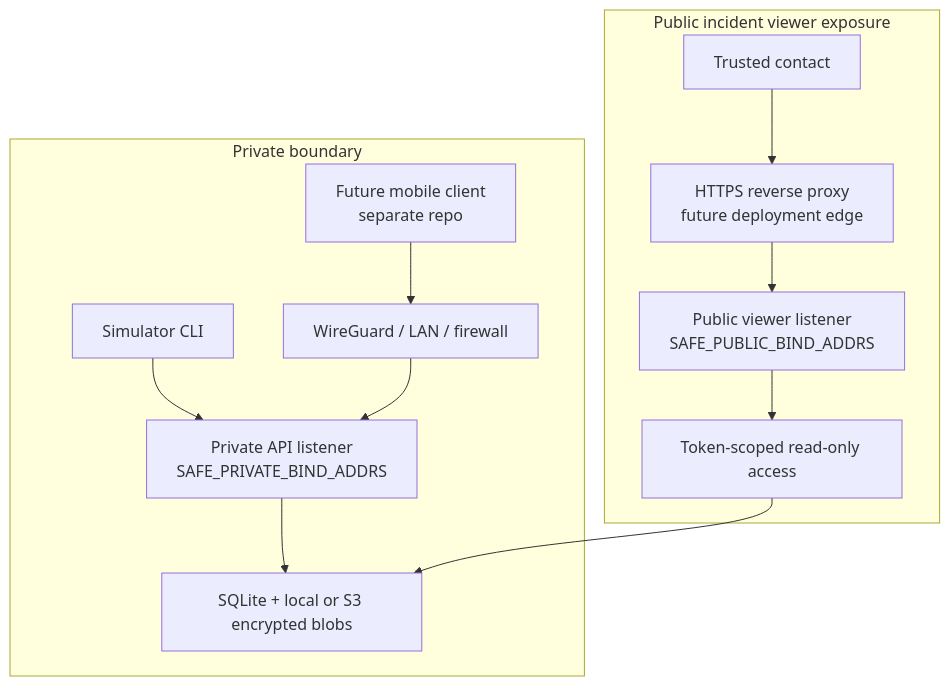
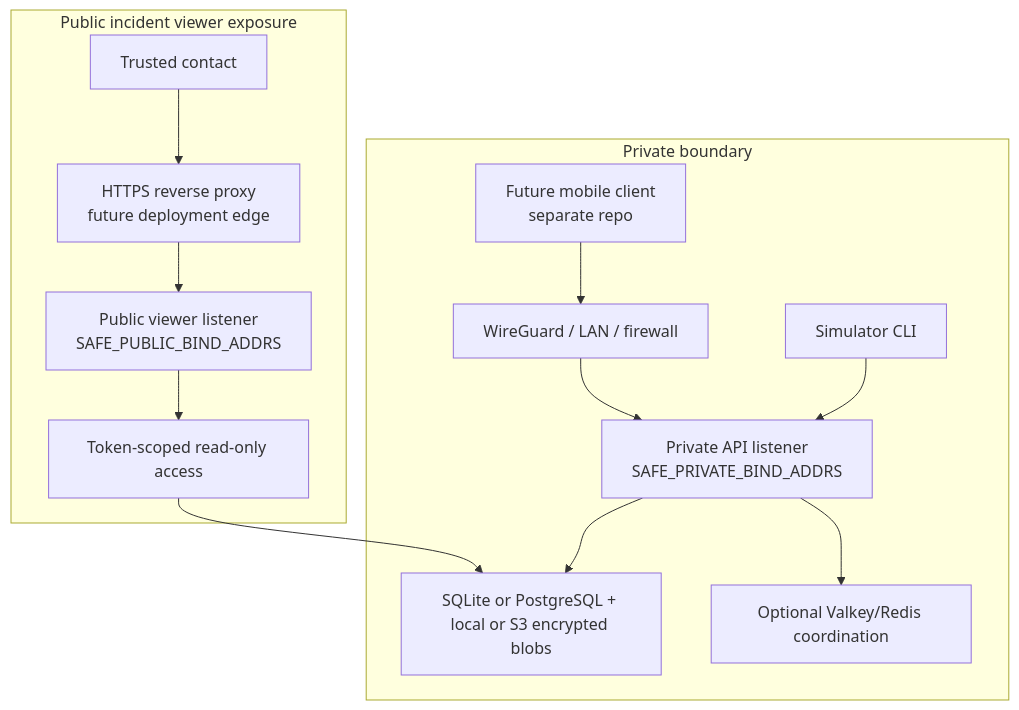
The second of 4 diagrams in docs/architecture.md (open-proofline/server), drawn with Mermaid before and after one commit. The commit also changed other lines of this file and 30 other files, not shown here.

Commit message:
Add optional Valkey coordination

````diff
--- a/docs/architecture.md
+++ b/docs/architecture.md
@@ -70,16 +76,17 @@
 ```mermaid
 flowchart TB
     subgraph PrivateNetwork["Private boundary"]
         FuturePhone["Future mobile client<br/>separate repo"] --> WireGuard["WireGuard / LAN / firewall"]
         Simulator["Simulator CLI"] --> PrivateListener["Private API listener<br/>SAFE_PRIVATE_BIND_ADDRS"]
         WireGuard --> PrivateListener
-        PrivateListener --> Storage["SQLite + local or S3 encrypted blobs"]
+        PrivateListener --> Storage["SQLite or PostgreSQL + local or S3 encrypted blobs"]
+        PrivateListener --> Coordination["Optional Valkey/Redis coordination"]
     end
 
     subgraph PublicEdge["Public incident viewer exposure"]
         TrustedContact["Trusted contact"] --> HTTPS["HTTPS reverse proxy<br/>future deployment edge"]
         HTTPS --> PublicListener["Public viewer listener<br/>SAFE_PUBLIC_BIND_ADDRS"]
         PublicListener --> ReadOnly["Token-scoped read-only access"]
         ReadOnly --> Storage
     end
 ```
````
